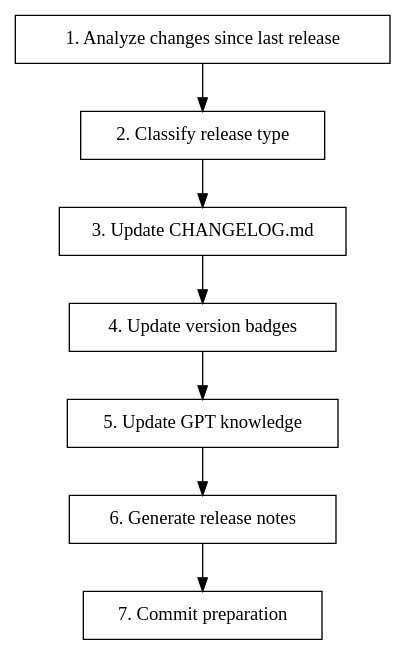
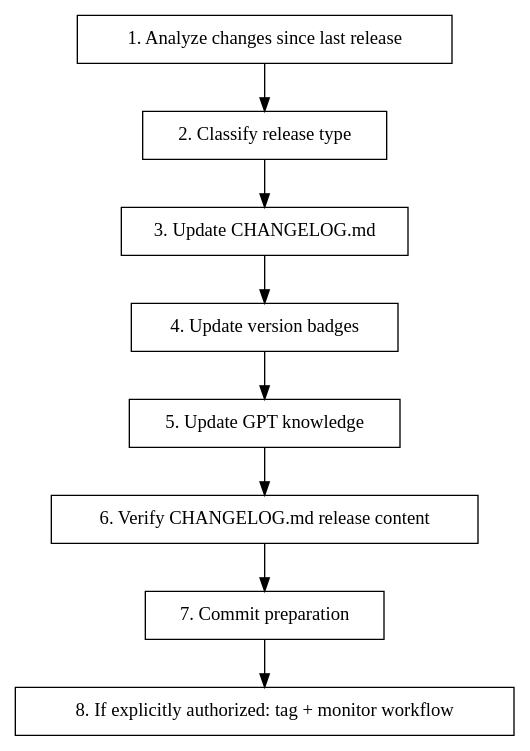
Before and after one commit to cn0ss/terraform-hcloud-kube-hetzner: the diagram in .claude/skills/prepare-release/SKILL.md, drawn with Graphviz. The commit also changed other lines of this file, not shown here.

Commit message:
docs: clarify release automation workflow

````diff
--- a/.claude/skills/prepare-release/SKILL.md
+++ b/.claude/skills/prepare-release/SKILL.md
@@ -35,21 +56,23 @@
 ```dot
 digraph release_flow {
     rankdir=TB;
     node [shape=box];
 
     analyze [label="1. Analyze changes since last release"];
     classify [label="2. Classify release type"];
     changelog [label="3. Update CHANGELOG.md"];
     badges [label="4. Update version badges"];
     gpt [label="5. Update GPT knowledge"];
-    notes [label="6. Generate release notes"];
+    notes [label="6. Verify CHANGELOG.md release content"];
     commit [label="7. Commit preparation"];
+    release [label="8. If explicitly authorized: tag + monitor workflow"];
 
     analyze -> classify;
     classify -> changelog;
     changelog -> badges;
     badges -> gpt;
     gpt -> notes;
     notes -> commit;
+    commit -> release;
 }
 ```
````
